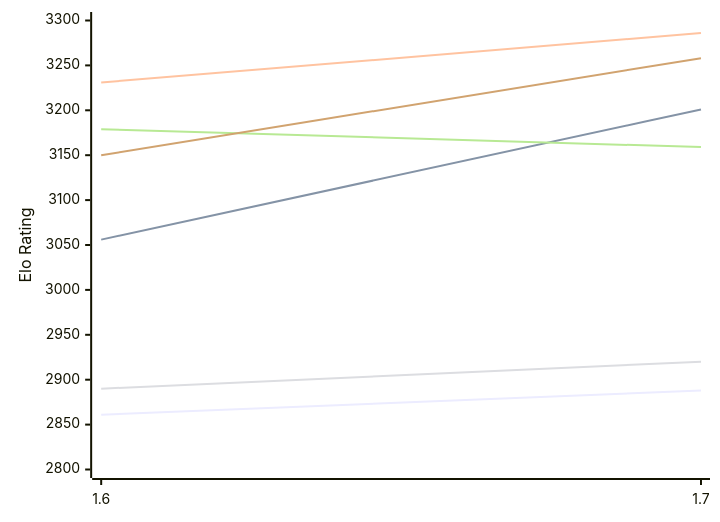
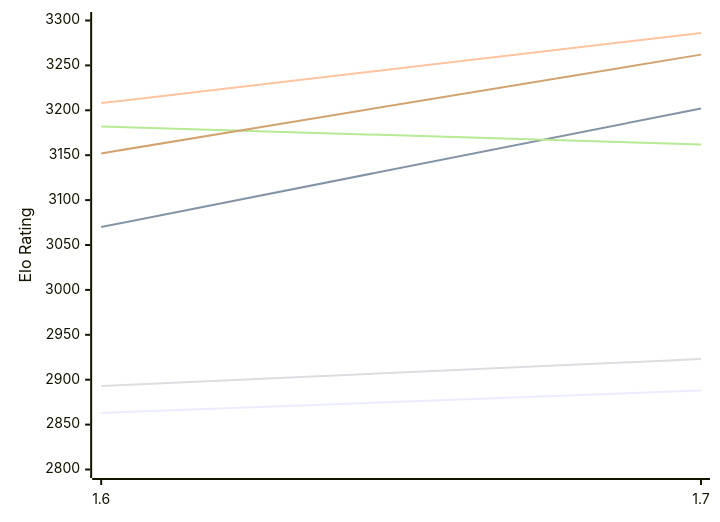
Before and after one commit to computer-chess-index/cci: the first of 2 diagrams in engines/Bitbit.md, drawn with Mermaid. The commit also changed other lines of this file, not shown here.

Commit message:
Update CCI Ratings (ELO VLTC) - 2026-11-24

````diff
--- a/engines/Bitbit.md
+++ b/engines/Bitbit.md
@@ -50,12 +50,12 @@
 ```mermaid
 %%{init: {"theme":"base","themeVariables":{"seriesColors:['#a3a3a3','#222221','#faa371']}}}%%
 xychart-beta
   x-axis ["1.6", "1.7"]
   y-axis "Elo Rating" 2800 --> 3300
-  line "E1: STC (8.0+0.08s)" [2861, 2888]
-  line "E1: LTC (60.0+0.60s)" [3056, 3201]
-  line "E1: VLTC (2m24s+1.12s)" [3231, 3286]
-  line "P1: STC (8.0+0.08s)" [2890, 2920]
-  line "P1: LTC (60.0+0.60s)" [3179, 3159]
-  line "P1: VLTC (2m24s+1.12s)" [3150, 3258]
+  line "E1: STC (8.0+0.08s)" [2863, 2888]
+  line "E1: LTC (60.0+0.60s)" [3070, 3202]
+  line "E1: VLTC (2m24s+1.12s)" [3208, 3286]
+  line "P1: STC (8.0+0.08s)" [2893, 2923]
+  line "P1: LTC (60.0+0.60s)" [3182, 3162]
+  line "P1: VLTC (2m24s+1.12s)" [3152, 3262]
 ```
````
